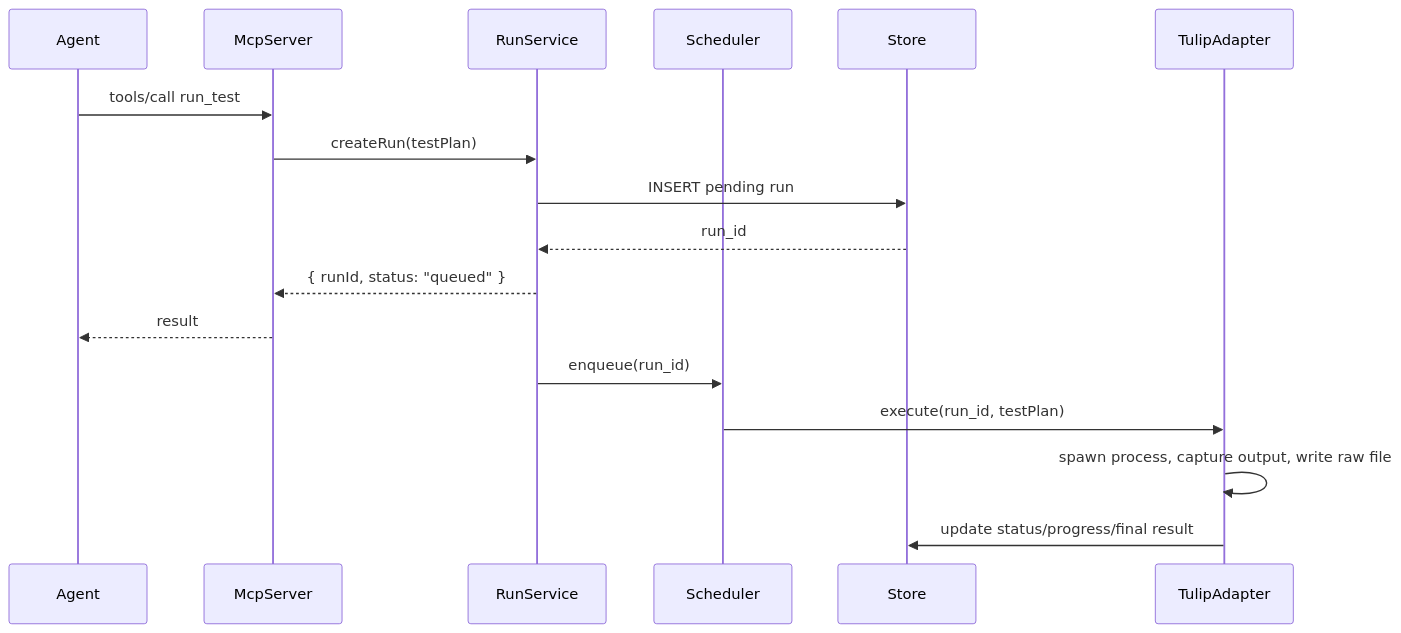
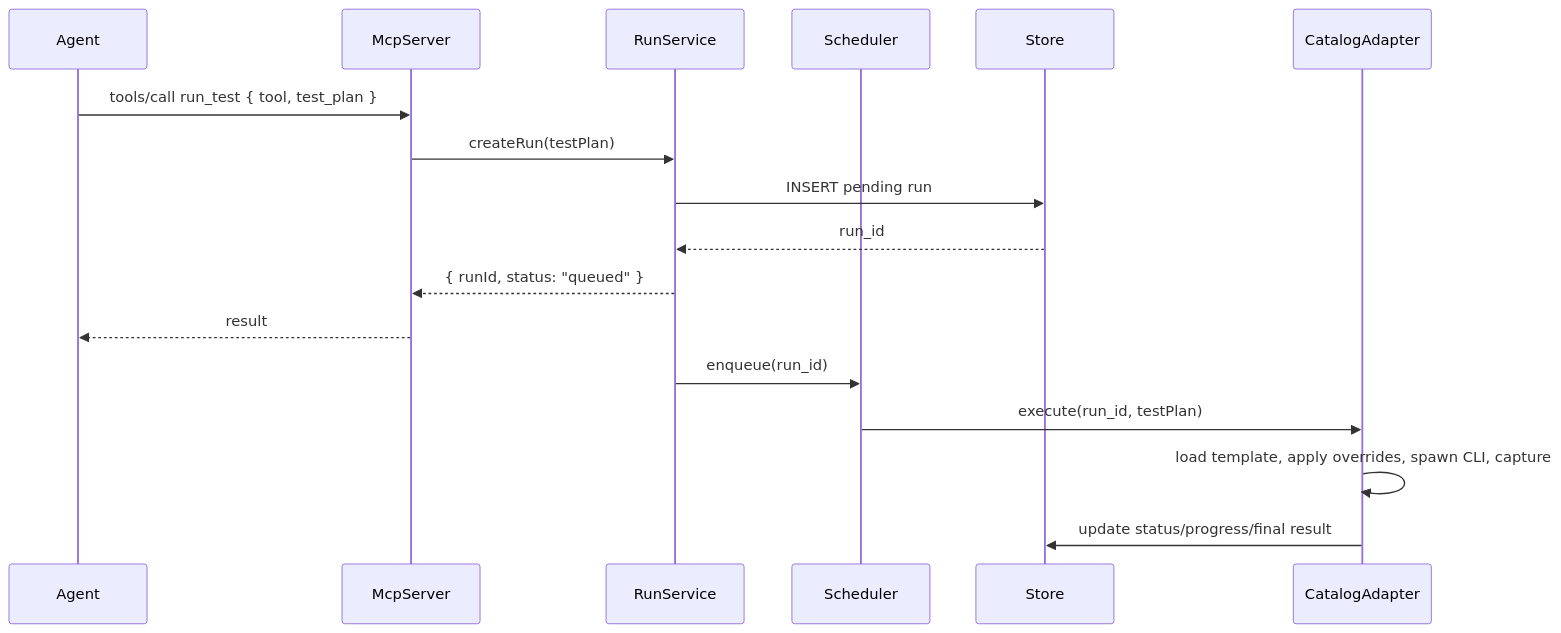
Before and after one commit to bmvanwyk/Boehm: the fourth of 5 diagrams in docs/architecture.md, drawn with Mermaid. The commit also changed other lines of this file and 3 other files, not shown here.

First line of the commit message:
Fix docs and tests: catalog layer, empty test, outdated references

````diff
--- a/docs/architecture.md
+++ b/docs/architecture.md
@@ -121,21 +130,21 @@
 ```mermaid
 sequenceDiagram
     participant Agent
     participant McpServer
     participant RunService
     participant Scheduler
     participant Store
-    participant TulipAdapter
+    participant CatalogAdapter
 
-    Agent->>McpServer: tools/call run_test
+    Agent->>McpServer: tools/call run_test { tool, test_plan }
     McpServer->>RunService: createRun(testPlan)
     RunService->>Store: INSERT pending run
     Store-->>RunService: run_id
     RunService-->>McpServer: { runId, status: "queued" }
     McpServer-->>Agent: result
 
     RunService->>Scheduler: enqueue(run_id)
-    Scheduler->>TulipAdapter: execute(run_id, testPlan)
-    TulipAdapter->>TulipAdapter: spawn process, capture output, write raw file
-    TulipAdapter->>Store: update status/progress/final result
+    Scheduler->>CatalogAdapter: execute(run_id, testPlan)
+    CatalogAdapter->>CatalogAdapter: load template, apply overrides, spawn CLI, capture
+    CatalogAdapter->>Store: update status/progress/final result
 ```
````
